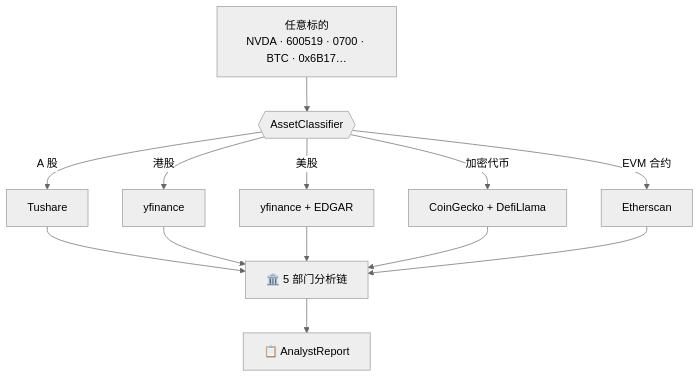
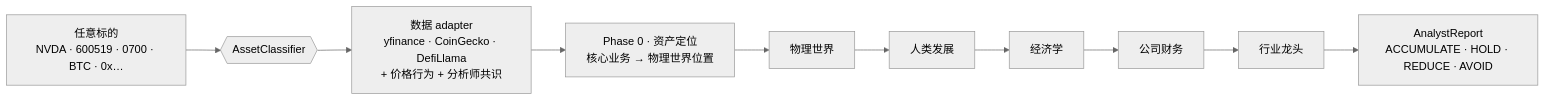
Before and after one commit to CyberK13/cyberagent: the diagram in README.zh.md, drawn with Mermaid (neutral theme). The commit also changed other lines of this file and 23 other files, not shown here.

````diff
--- a/README.zh.md
+++ b/README.zh.md
@@ -32,15 +48,8 @@
 ```mermaid
-flowchart TB
-    A["任意标的<br/>NVDA · 600519 · 0700 · BTC · 0x6B17…"] --> C{{AssetClassifier}}
-    C -->|A 股| M1[Tushare]
-    C -->|港股| M2[yfinance]
-    C -->|美股| M3[yfinance + EDGAR]
-    C -->|加密代币| M4[CoinGecko + DefiLlama]
-    C -->|EVM 合约| M5[Etherscan]
-    M1 --> CH["🏛️ 5 部门分析链"]
-    M2 --> CH
-    M3 --> CH
-    M4 --> CH
-    M5 --> CH
-    CH --> R["📋 AnalystReport"]
+flowchart LR
+    IN["任意标的<br/>NVDA · 600519 · 0700 · BTC · 0x…"] --> CL{{AssetClassifier}}
+    CL --> AD["数据 adapter<br/>yfinance · CoinGecko · DefiLlama<br/>+ 价格行为 + 分析师共识"]
+    AD --> P0["Phase 0 · 资产定位<br/>核心业务 → 物理世界位置"]
+    P0 --> D1[物理世界] --> D2[人类发展] --> D3[经济学] --> D4[公司财务] --> D5[行业龙头]
+    D5 --> R["AnalystReport<br/>ACCUMULATE · HOLD · REDUCE · AVOID"]
 ```
````
